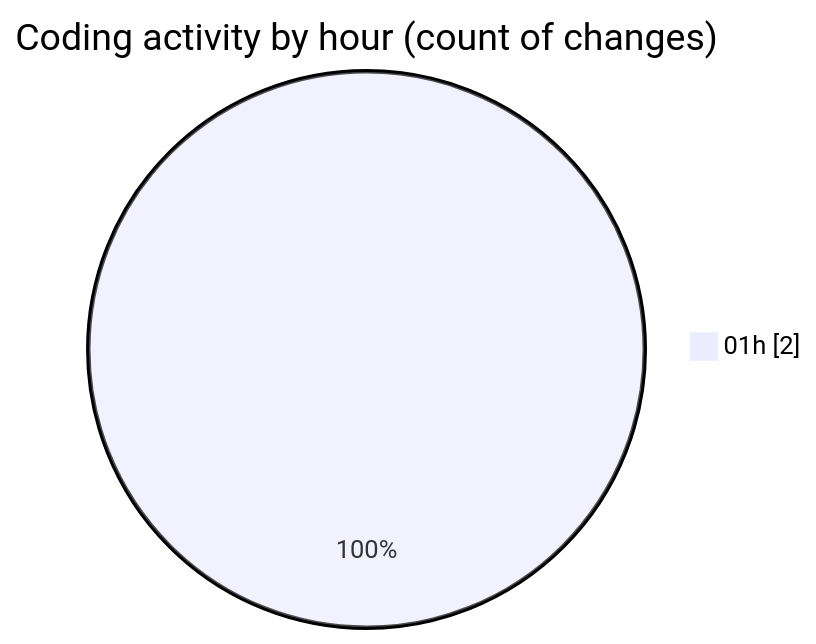
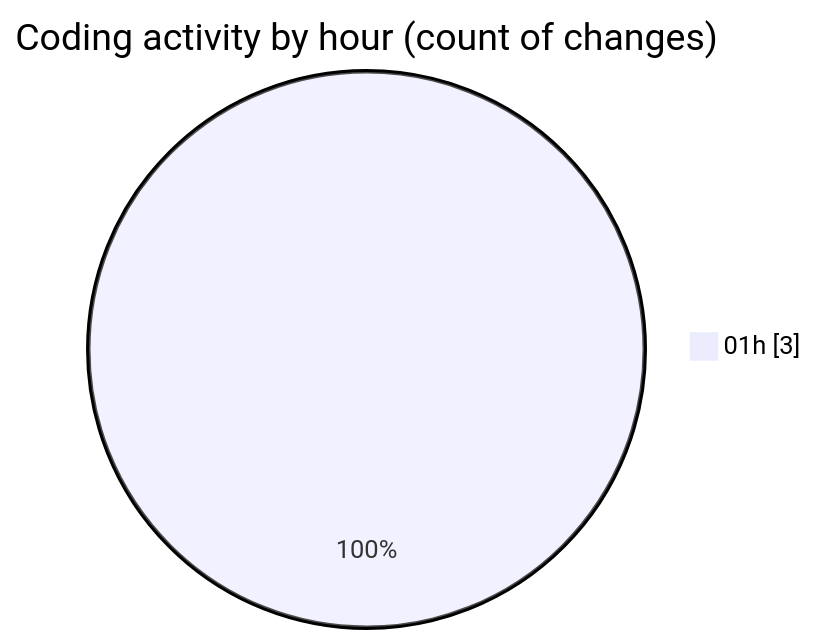
Before and after one commit to tmsrecording-cyber/code-tracking: the second of 2 diagrams in 2026-02-04/singularitybrainai/README.md, drawn with Mermaid. The commit also changed other lines of this file and 1 other file, not shown here.

````diff
--- a/2026-02-04/singularitybrainai/README.md
+++ b/2026-02-04/singularitybrainai/README.md
@@ -28,5 +28,5 @@
 ```mermaid
 pie showData
 title Coding activity by hour (count of changes)
-"01h" : 2
+"01h" : 3
 ```
````
